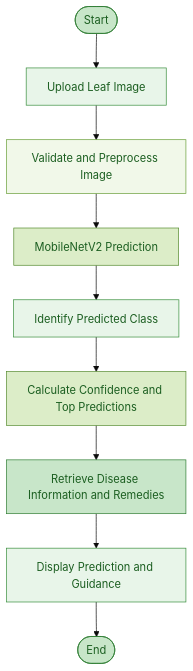
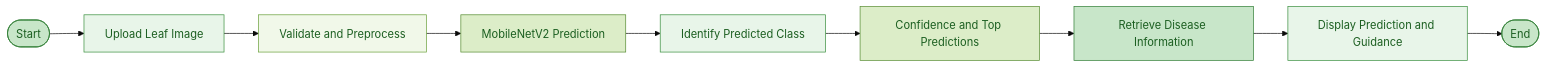
Before and after one commit to Sourish-git/PlantRx-Plant-Disease-Classification-and-Guidance-System: the second of 2 diagrams in README.md, drawn with Mermaid (base theme). The commit also changed other lines of this file, not shown here.

````diff
--- a/README.md
+++ b/README.md
@@ -111,21 +114,21 @@
 ```mermaid
-flowchart TD
-    A([Start]) --> B["Upload Leaf Image"]
-    B --> C["Validate and Preprocess Image"]
+flowchart LR
+    A(["Start"]) --> B["Upload Leaf Image"]
+    B --> C["Validate and Preprocess"]
     C --> D["MobileNetV2 Prediction"]
     D --> E["Identify Predicted Class"]
-    E --> F["Calculate Confidence and Top Predictions"]
-    F --> G["Retrieve Disease Information and Remedies"]
+    E --> F["Confidence and Top Predictions"]
+    F --> G["Retrieve Disease Information"]
     G --> H["Display Prediction and Guidance"]
-    H --> I([End])
+    H --> I(["End"])
 
     style A fill:#c8e6c9,stroke:#2e7d32,color:#1b5e20
     style B fill:#e8f5e9,stroke:#388e3c,color:#1b5e20
     style C fill:#f1f8e9,stroke:#689f38,color:#1b5e20
     style D fill:#dcedc8,stroke:#558b2f,color:#1b5e20
     style E fill:#e8f5e9,stroke:#388e3c,color:#1b5e20
     style F fill:#dcedc8,stroke:#558b2f,color:#1b5e20
     style G fill:#c8e6c9,stroke:#2e7d32,color:#1b5e20
     style H fill:#e8f5e9,stroke:#388e3c,color:#1b5e20
     style I fill:#c8e6c9,stroke:#2e7d32,color:#1b5e20
 ```
````
